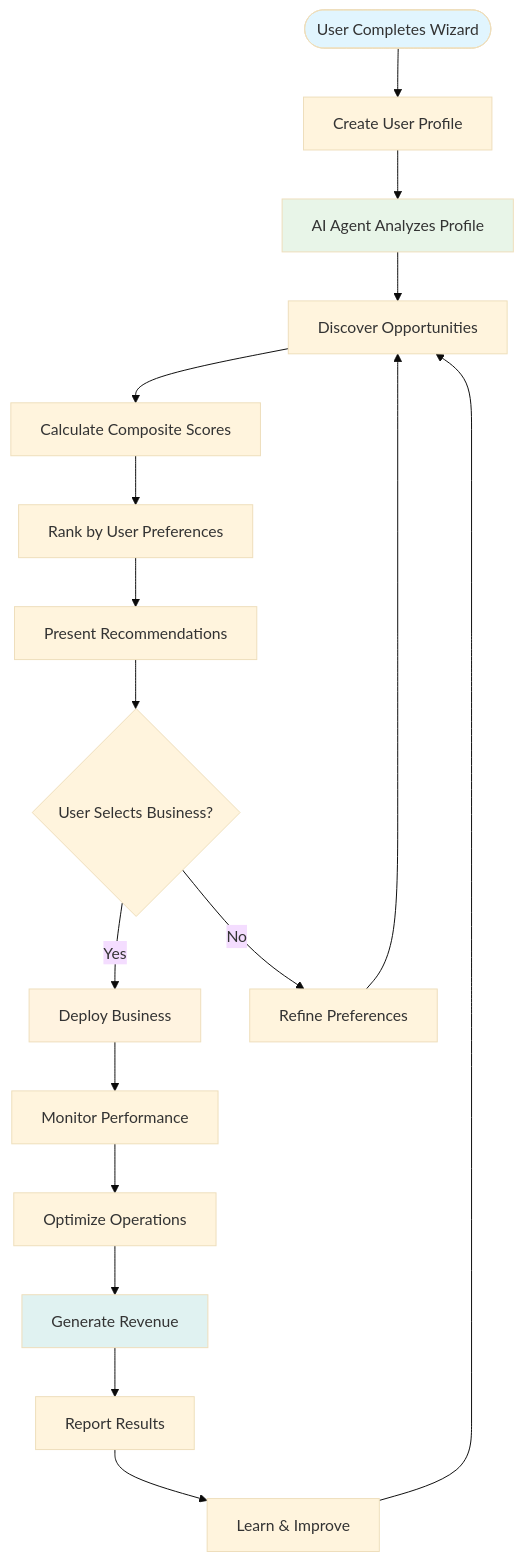
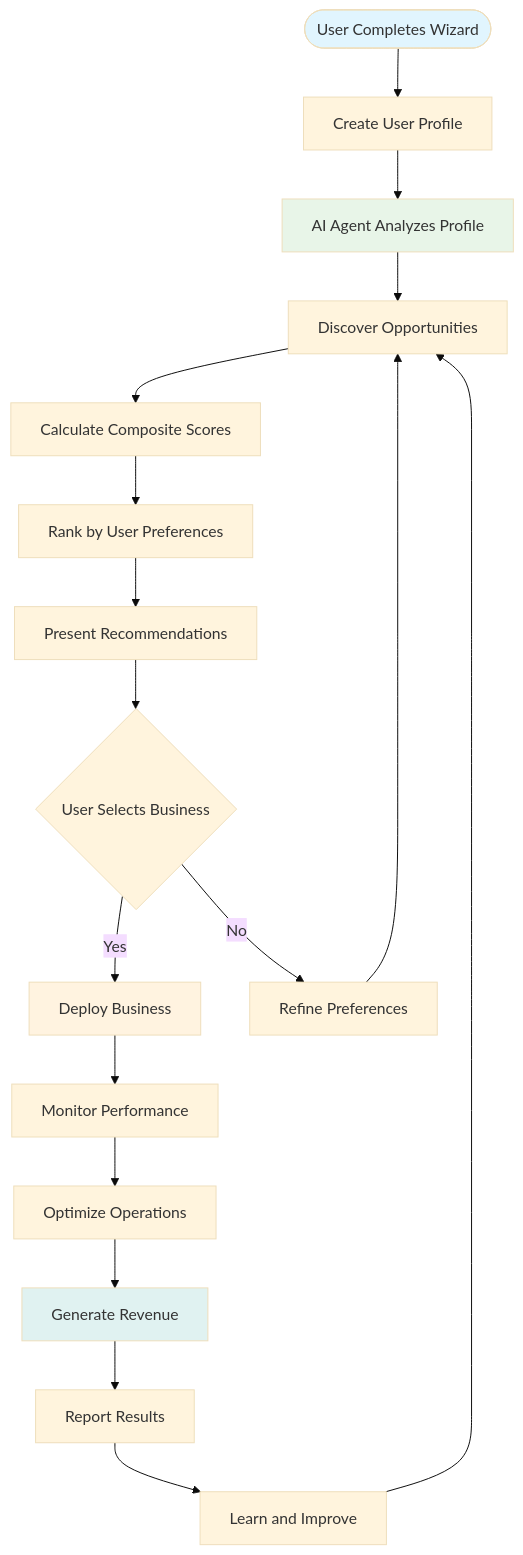
One commit to NobleVision/GOGETTER changed the third of 8 diagrams in README.md. Above: the diagram before and after it, drawn with Mermaid (base theme). The commit also changed other lines of this file and 10 other files, not shown here.

````diff
--- a/README.md
+++ b/README.md
@@ -226,27 +249,27 @@
 ```mermaid
 flowchart TD
     Start([User Completes Wizard]) --> Profile[Create User Profile]
     Profile --> Analyze[AI Agent Analyzes Profile]
-    
+
     Analyze --> Discover[Discover Opportunities]
     Discover --> Score[Calculate Composite Scores]
     Score --> Rank[Rank by User Preferences]
     Rank --> Present[Present Recommendations]
-    
-    Present --> Select{User Selects Business?}
+
+    Present --> Select{User Selects Business}
     Select -->|Yes| Deploy[Deploy Business]
     Select -->|No| Refine[Refine Preferences]
     Refine --> Discover
-    
-    Deploy --> Monitor[Monitor Performance]
-    Monitor --> Optimize[Optimize Operations]
+
+    Deploy --> MonitorNode[Monitor Performance]
+    MonitorNode --> Optimize[Optimize Operations]
     Optimize --> Revenue[Generate Revenue]
     Revenue --> Report[Report Results]
-    Report --> Learn[Learn & Improve]
+    Report --> Learn[Learn and Improve]
     Learn --> Discover
-    
+
     style Start fill:#e1f5fe
     style Analyze fill:#e8f5e8
     style Deploy fill:#fff3e0
     style Revenue fill:#e0f2f1
 ```
````
